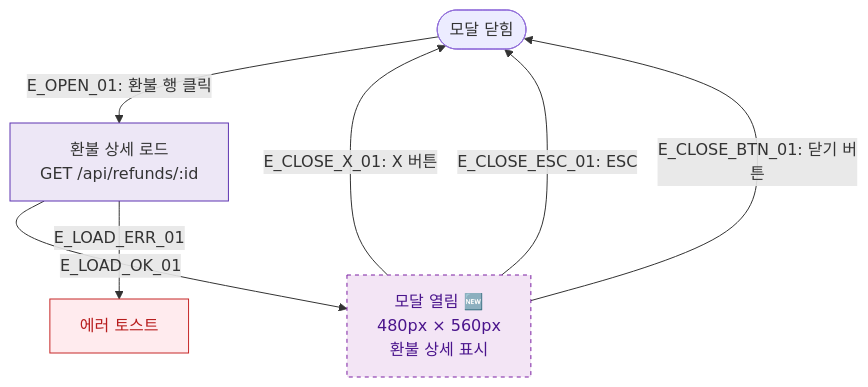
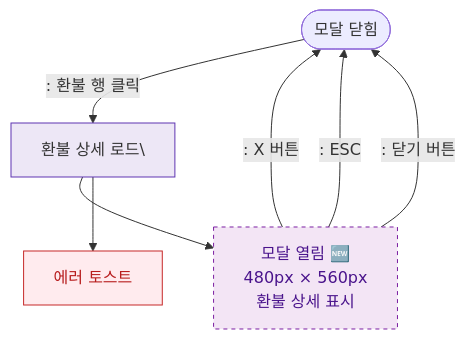
One commit to dev-spogym/admin-pando changed the diagram in docs/다이어그램/D03_매출관리/DLG-S006_환불상세/M1_모달생명주기.md. Above: the diagram before and after it, drawn with Mermaid. The commit also changed other lines of this file and 1660 other files, not shown here.

First line of the commit message:
다이어그램: 기획자/클라이언트 납품본으로 정리

````diff
--- a/docs/다이어그램/D03_매출관리/DLG-S006_환불상세/M1_모달생명주기.md
+++ b/docs/다이어그램/D03_매출관리/DLG-S006_환불상세/M1_모달생명주기.md
@@ -20,18 +18,18 @@
 ```mermaid
 flowchart TD
-    CLOSED([모달 닫힘]) -->|"E_OPEN_01: 환불 행 클릭"| LOAD[환불 상세 로드\nGET /api/refunds/:id]
-    LOAD -->|E_LOAD_OK_01| OPEN[모달 열림 🆕\n480px × 560px\n환불 상세 표시]
-    LOAD -->|E_LOAD_ERR_01| ERR_TOAST[에러 토스트]
+    CLOSED([모달 닫힘]) -->|": 환불 행 클릭"|LOAD[환불 상세 로드\]
+    LOAD --> OPEN[모달 열림 🆕\n480px × 560px\n환불 상세 표시]
+    LOAD --> ERR_TOAST[에러 토스트]
 
-    OPEN -->|"E_CLOSE_X_01: X 버튼"| CLOSED
-    OPEN -->|"E_CLOSE_ESC_01: ESC"| CLOSED
-    OPEN -->|"E_CLOSE_BTN_01: 닫기 버튼"| CLOSED
+    OPEN -->|": X 버튼"|CLOSED
+    OPEN -->|": ESC"|CLOSED
+    OPEN -->|": 닫기 버튼"|CLOSED
 
     classDef newFeature fill:#F3E5F5,stroke:#7B1FA2,color:#4A148C,stroke-dasharray:4 4
     classDef system fill:#EDE7F6,stroke:#5E35B2
     classDef error fill:#FFEBEE,stroke:#C62828,color:#B71C1C
 
     class OPEN newFeature
     class LOAD system
     class ERR_TOAST error
 ```
````
